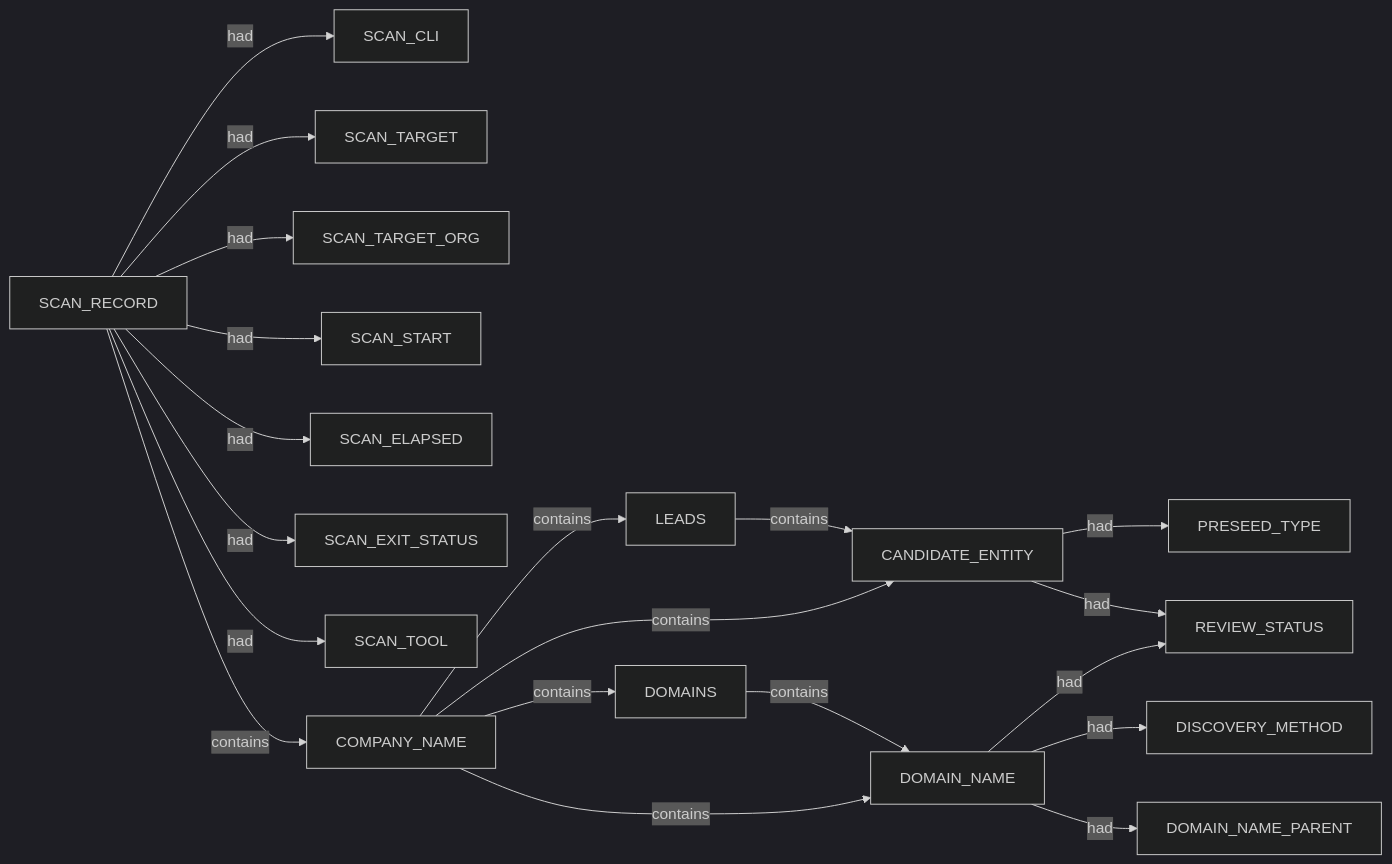
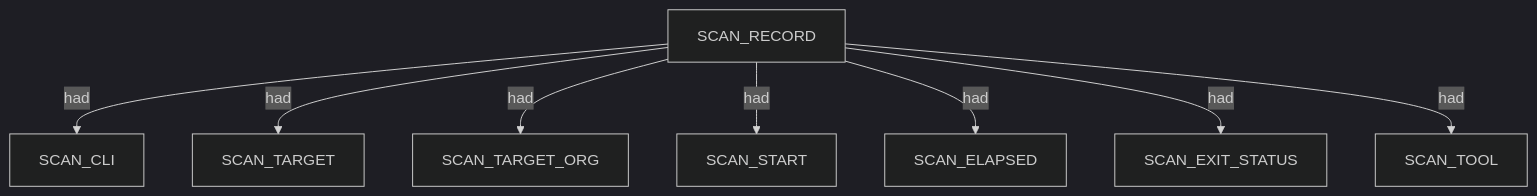
Before and after one commit to brettforbes/spiderfeet: the first of 7 diagrams in .docs/docs-for-cli-tools/nugget_structure/pius_crt_linode_ndjson_proposed_nuggets_edges_description.md, drawn with Mermaid (dark theme). The commit also changed other lines of this file and 17 other files, not shown here.

````diff
--- a/.docs/docs-for-cli-tools/nugget_structure/pius_crt_linode_ndjson_proposed_nuggets_edges_description.md
+++ b/.docs/docs-for-cli-tools/nugget_structure/pius_crt_linode_ndjson_proposed_nuggets_edges_description.md
@@ -65,22 +13,18 @@
 ```mermaid
-flowchart LR
-  SCAN_RECORD -->|had| SCAN_CLI
-  SCAN_RECORD -->|had| SCAN_TARGET
-  SCAN_RECORD -->|had| SCAN_TARGET_ORG
-  SCAN_RECORD -->|had| SCAN_START
-  SCAN_RECORD -->|had| SCAN_ELAPSED
-  SCAN_RECORD -->|had| SCAN_EXIT_STATUS
-  SCAN_RECORD -->|had| SCAN_TOOL
-  SCAN_RECORD -->|contains| COMPANY_NAME
-  CANDIDATE_ENTITY -->|had| PRESEED_TYPE
-  COMPANY_NAME -->|contains| LEADS
-  LEADS -->|contains| CANDIDATE_ENTITY
-  COMPANY_NAME -->|contains| CANDIDATE_ENTITY
-  CANDIDATE_ENTITY -->|had| REVIEW_STATUS
-  DOMAIN_NAME -->|had| DISCOVERY_METHOD
-  DOMAIN_NAME -->|had| DOMAIN_NAME_PARENT
-  COMPANY_NAME -->|contains| DOMAINS
-  DOMAINS -->|contains| DOMAIN_NAME
-  COMPANY_NAME -->|contains| DOMAIN_NAME
-  DOMAIN_NAME -->|had| REVIEW_STATUS
+flowchart TD
+  scan_record_1["SCAN_RECORD"]
+  scan_cli_2["SCAN_CLI"]
+  scan_record_1 -->|had| scan_cli_2
+  scan_target_3["SCAN_TARGET"]
+  scan_record_1 -->|had| scan_target_3
+  scan_target_org_4["SCAN_TARGET_ORG"]
+  scan_record_1 -->|had| scan_target_org_4
+  scan_start_5["SCAN_START"]
+  scan_record_1 -->|had| scan_start_5
+  scan_elapsed_6["SCAN_ELAPSED"]
+  scan_record_1 -->|had| scan_elapsed_6
+  scan_exit_status_7["SCAN_EXIT_STATUS"]
+  scan_record_1 -->|had| scan_exit_status_7
+  scan_tool_8["SCAN_TOOL"]
+  scan_record_1 -->|had| scan_tool_8
 ```
````
